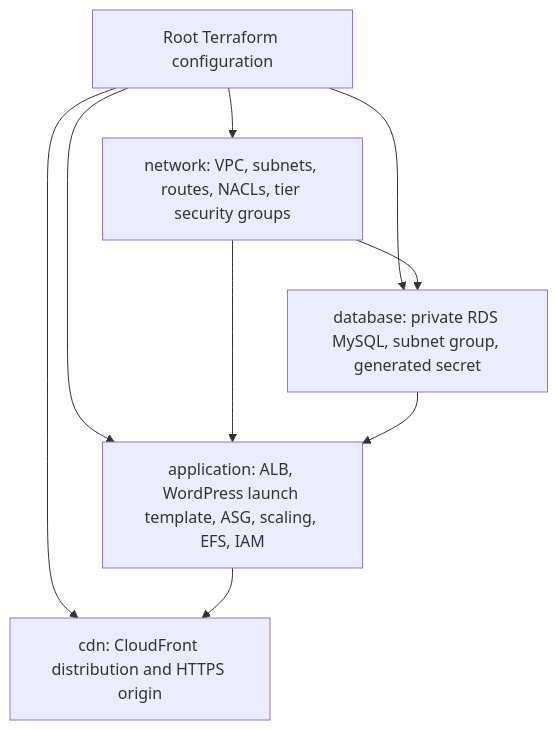
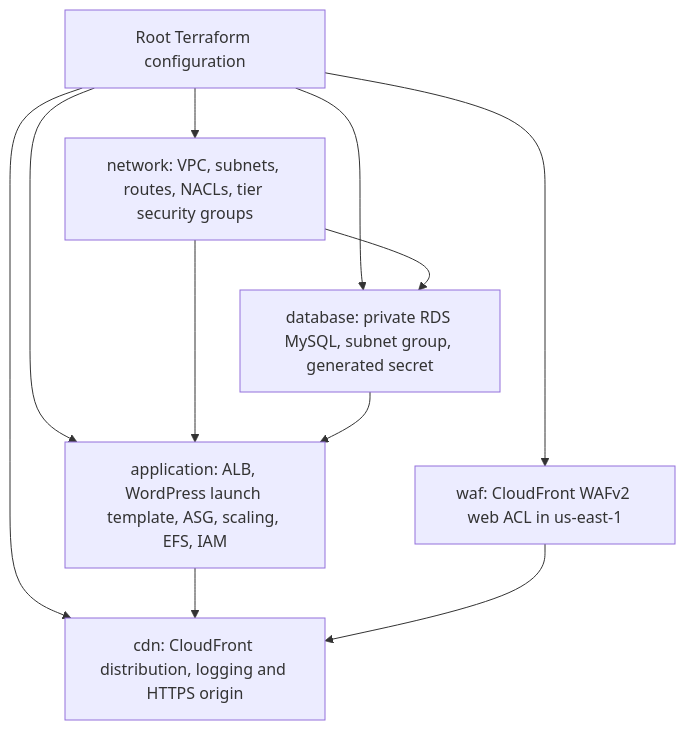
One commit to HagemaruThetha/WPApplication changed the second of 2 diagrams in README.md. Above: the diagram before and after it, drawn with Mermaid. The commit also changed other lines of this file and 23 other files, not shown here.

````diff
--- a/README.md
+++ b/README.md
@@ -23,12 +23,14 @@
 ```mermaid
 flowchart TD
     Root[Root Terraform configuration]
     Root --> Network[network: VPC, subnets, routes, NACLs, tier security groups]
     Root --> Database[database: private RDS MySQL, subnet group, generated secret]
     Root --> Application[application: ALB, WordPress launch template, ASG, scaling, EFS, IAM]
-    Root --> CDN[cdn: CloudFront distribution and HTTPS origin]
+    Root --> WAF[waf: CloudFront WAFv2 web ACL in us-east-1]
+    Root --> CDN[cdn: CloudFront distribution, logging and HTTPS origin]
     Network --> Database
     Network --> Application
     Database --> Application
     Application --> CDN
+    WAF --> CDN
 ```
````
